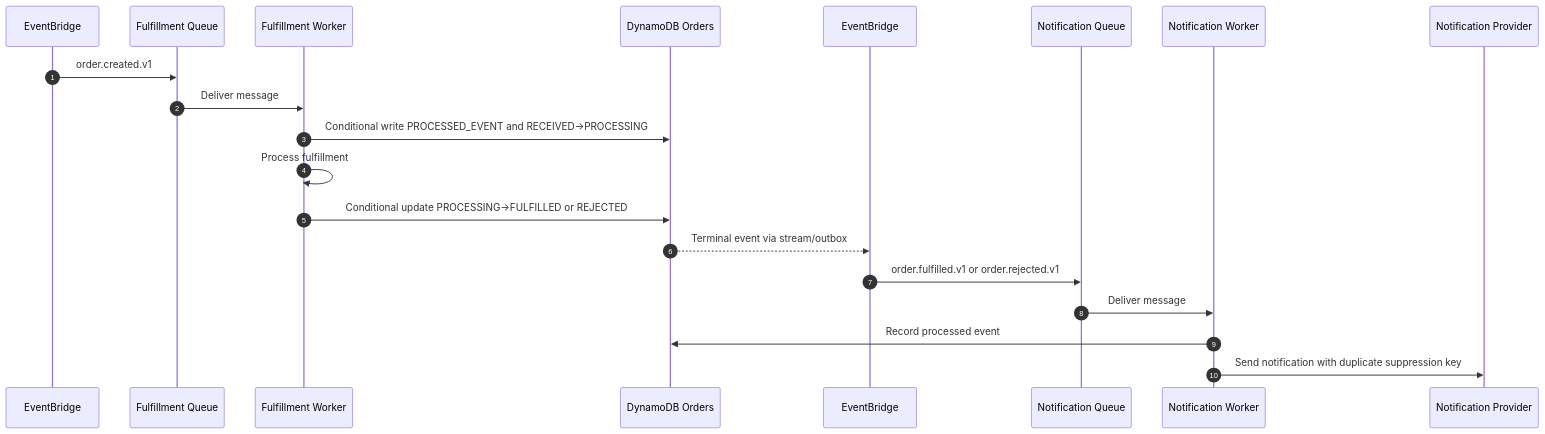
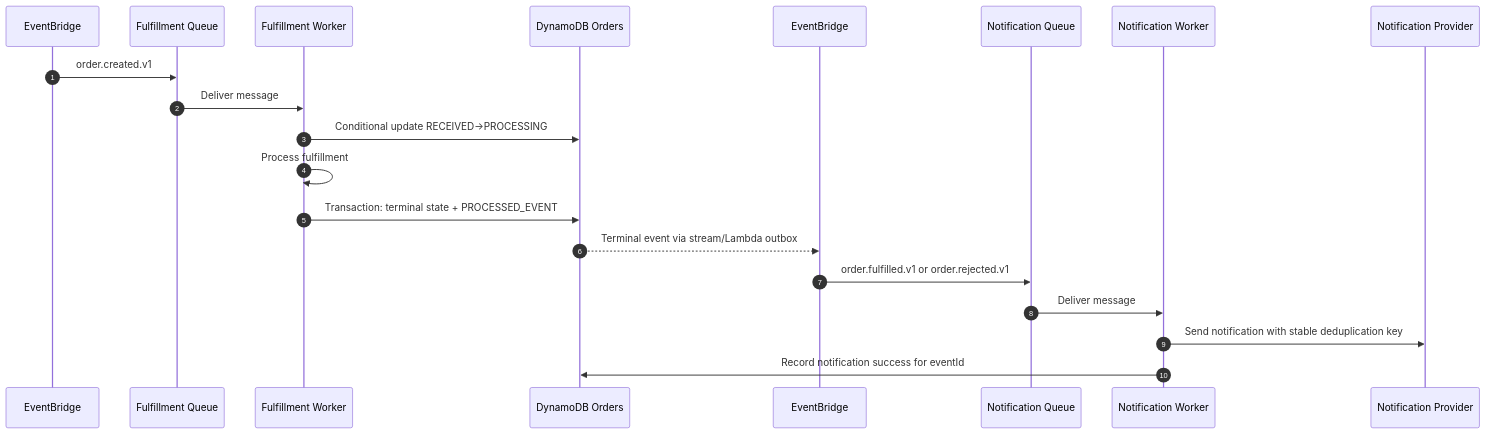
The diagram in diagrams/sequence-process-order.mmd (juanmquijano0/architect-manifest-example), drawn with Mermaid before and after one commit. The commit also changed other lines of this file and 23 other files, not shown here.

Commit message:
Fix architecture validation readiness

```diff
--- a/diagrams/sequence-process-order.mmd
+++ b/diagrams/sequence-process-order.mmd
@@ -1,21 +1,21 @@
 sequenceDiagram
   autonumber
   participant E as EventBridge
   participant Q as Fulfillment Queue
   participant W as Fulfillment Worker
   participant D as DynamoDB Orders
   participant EB as EventBridge
   participant NQ as Notification Queue
   participant N as Notification Worker
   participant NP as Notification Provider
 
   E->>Q: order.created.v1
   Q->>W: Deliver message
-  W->>D: Conditional write PROCESSED_EVENT and RECEIVED->PROCESSING
+  W->>D: Conditional update RECEIVED->PROCESSING
   W->>W: Process fulfillment
-  W->>D: Conditional update PROCESSING->FULFILLED or REJECTED
-  D-->>EB: Terminal event via stream/outbox
+  W->>D: Transaction: terminal state + PROCESSED_EVENT
+  D-->>EB: Terminal event via stream/Lambda outbox
   EB->>NQ: order.fulfilled.v1 or order.rejected.v1
   NQ->>N: Deliver message
-  N->>D: Record processed event
-  N->>NP: Send notification with duplicate suppression key
+  N->>NP: Send notification with stable deduplication key
+  N->>D: Record notification success for eventId
```
